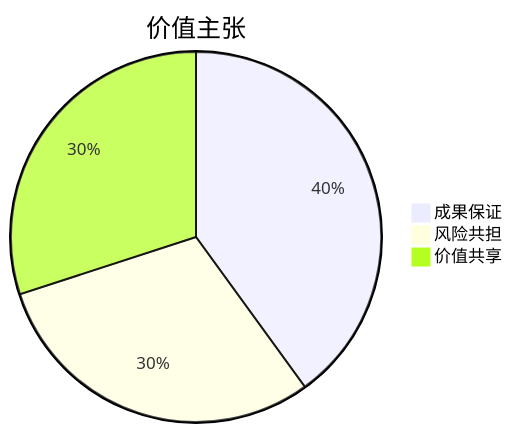
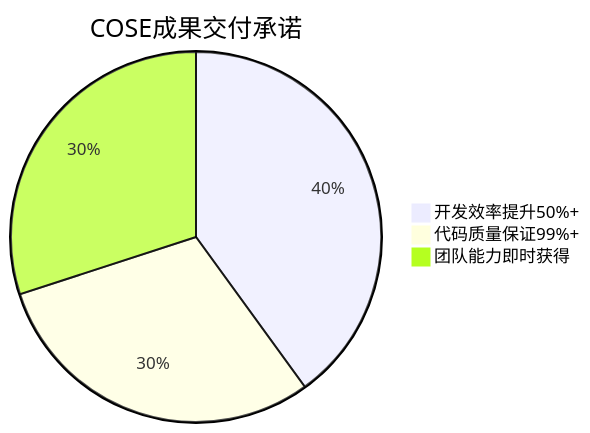
Before and after one commit to Deepractice/COSE: the fifth of 6 diagrams in README.md, drawn with Mermaid. The commit also changed other lines of this file and 8 other files, not shown here.

````diff
--- a/README.md
+++ b/README.md
@@ -44,6 +97,6 @@
 ```mermaid
-pie title 价值主张
-    "成果保证" : 40
-    "风险共担" : 30
-    "价值共享" : 30
+pie title COSE成果交付承诺
+    "开发效率提升50%+" : 40
+    "代码质量保证99%+" : 30
+    "团队能力即时获得" : 30
 ```
````
